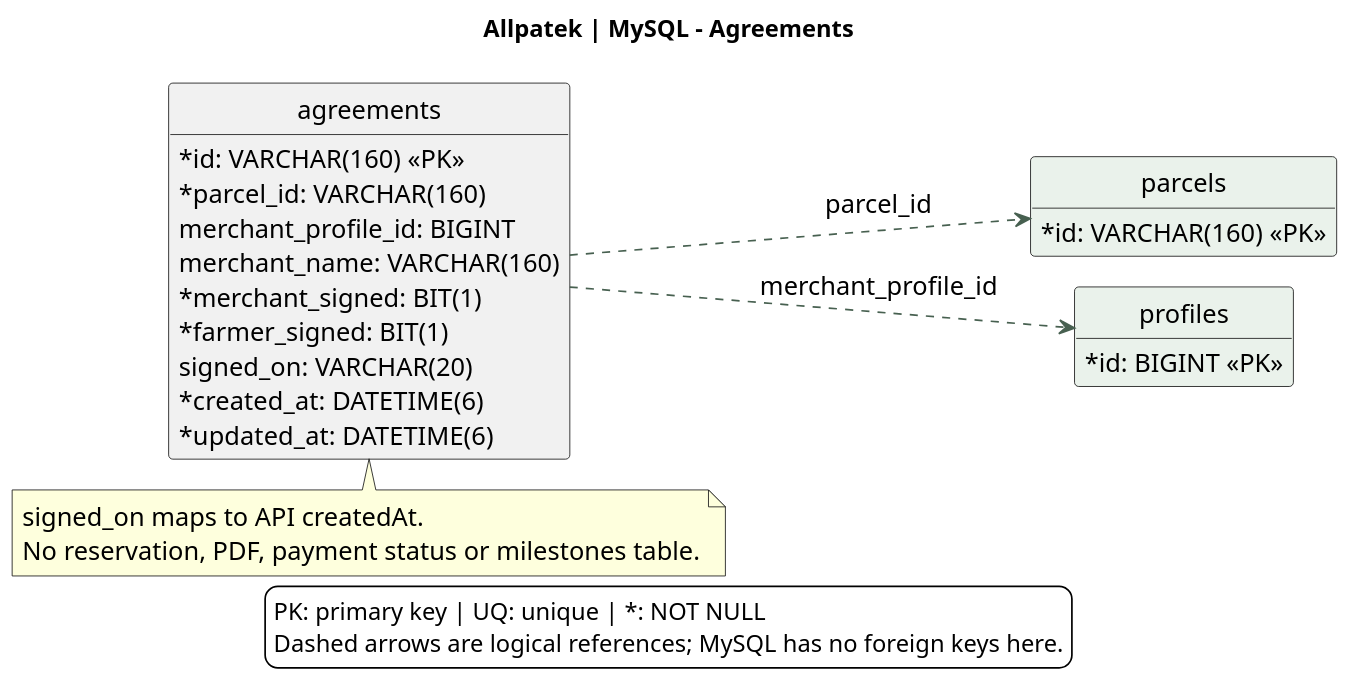
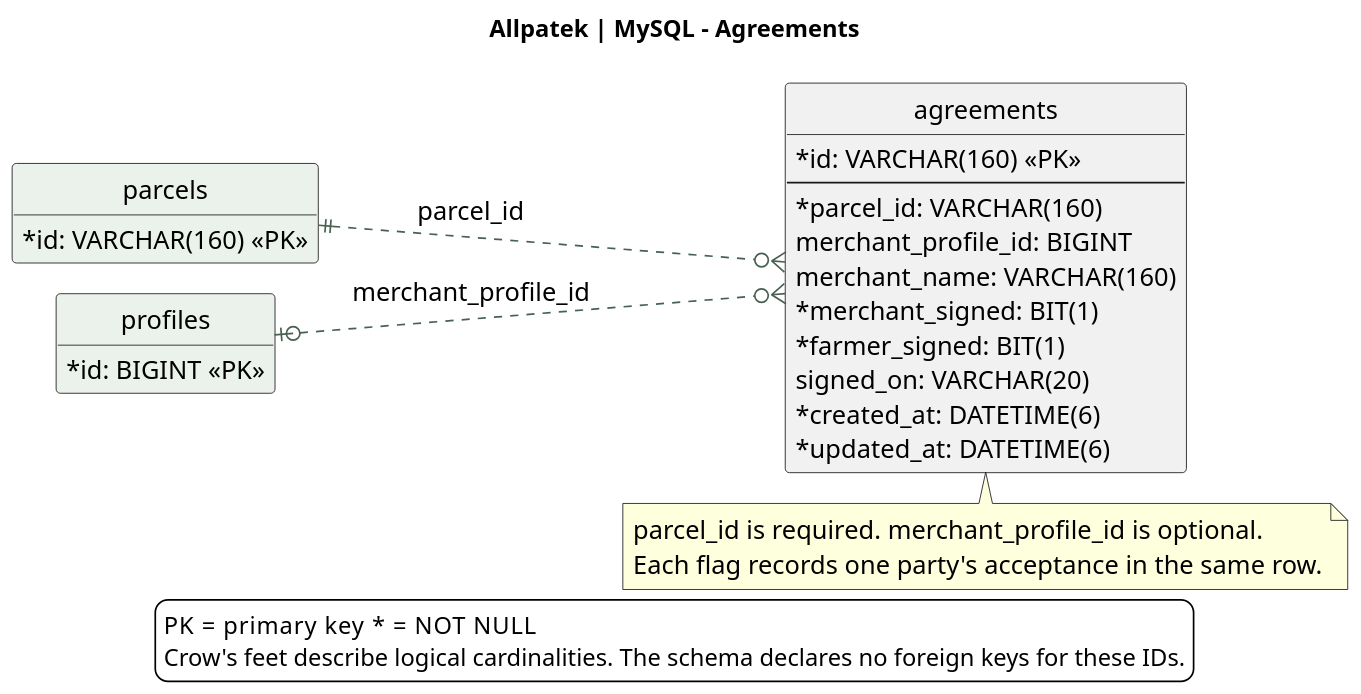
The diagram in assets/chapter-04/architecture/15-database-contracts.puml (upc-pre-202620-1asi0729-7753-Terranova/allpatek-report), drawn with PlantUML before and after one commit. The commit also changed 3 other files, not shown here.

```diff
--- a/assets/chapter-04/architecture/15-database-contracts.puml
+++ b/assets/chapter-04/architecture/15-database-contracts.puml
@@ -1,41 +1,42 @@
 @startuml
 !pragma layout smetana
 skinparam backgroundColor white
 skinparam defaultFontName SansSerif
 skinparam defaultFontSize 15
 skinparam shadowing false
 skinparam classAttributeIconSize 0
 skinparam ArrowColor #476050
 skinparam dpi 140
 hide methods
 hide circle
 title Allpatek | MySQL - Agreements
 left to right direction
 entity "agreements" as agreement {
   {field} * id: VARCHAR(160) <<PK>>
+  --
   {field} * parcel_id: VARCHAR(160)
   {field} merchant_profile_id: BIGINT
   {field} merchant_name: VARCHAR(160)
   {field} * merchant_signed: BIT(1)
   {field} * farmer_signed: BIT(1)
   {field} signed_on: VARCHAR(20)
   {field} * created_at: DATETIME(6)
   {field} * updated_at: DATETIME(6)
 }
 entity "parcels" as parcel #EAF2EB {
   {field} * id: VARCHAR(160) <<PK>>
 }
 entity "profiles" as profile #EAF2EB {
   {field} * id: BIGINT <<PK>>
 }
-agreement ..> parcel : parcel_id
-agreement ..> profile : merchant_profile_id
+parcel ||..o{ agreement : parcel_id
+profile |o..o{ agreement : merchant_profile_id
 note bottom of agreement
-  signed_on maps to API createdAt.
-  No reservation, PDF, payment status or milestones table.
+  parcel_id is required. merchant_profile_id is optional.
+  Each flag records one party's acceptance in the same row.
 end note
 legend bottom
-PK: primary key | UQ: unique | *: NOT NULL
-Dashed arrows are logical references; MySQL has no foreign keys here.
+PK = primary key     * = NOT NULL
+Crow's feet describe logical cardinalities. The schema declares no foreign keys for these IDs.
 endlegend
 @enduml
```
